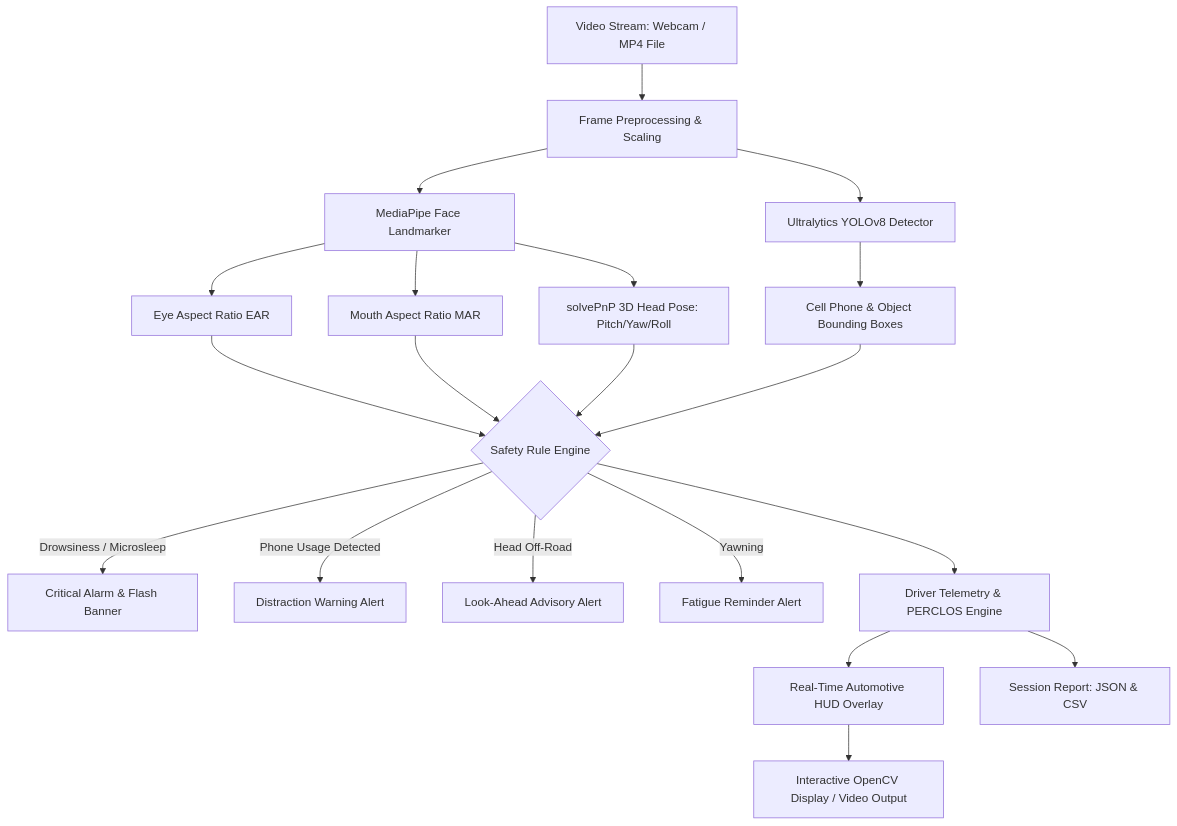
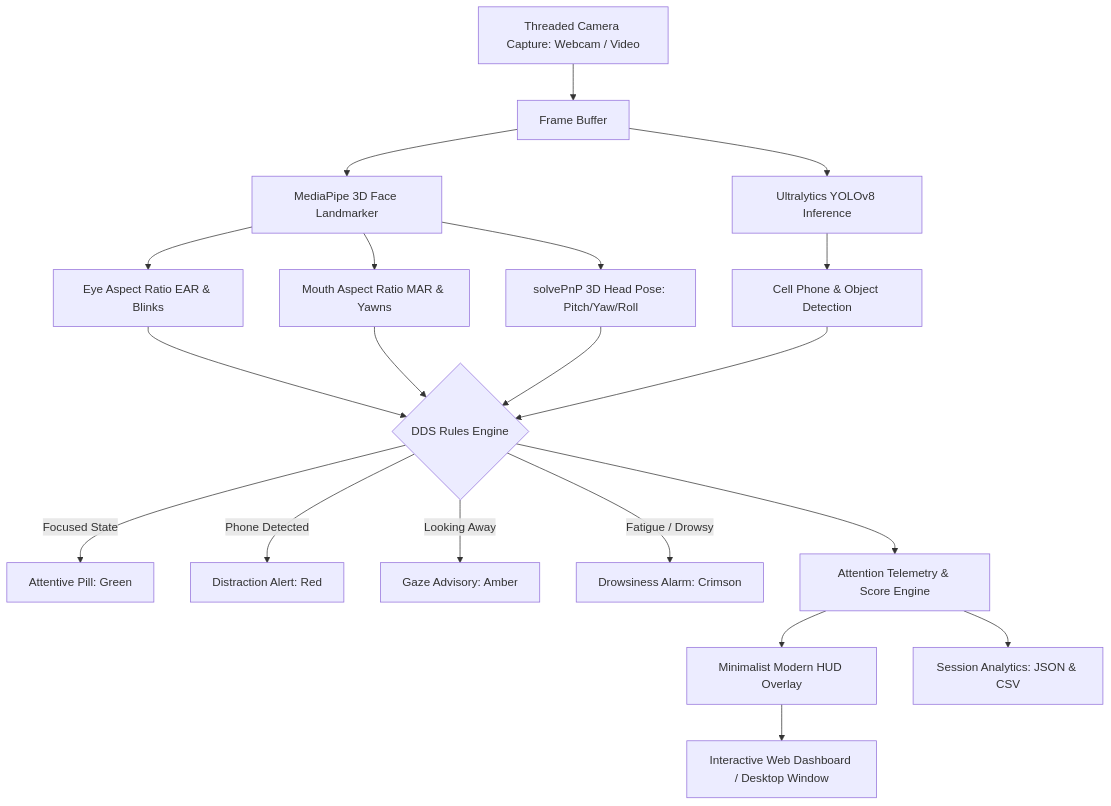
One commit to vasishtaaa/Distraction-Detection-System changed the diagram in README.md. Above: the diagram before and after it, drawn with Mermaid. The commit also changed other lines of this file and 12 other files, not shown here.

Commit message:
refactor: expand to universal Distraction Detection System with threaded camera and modern minimalist interfaces

````diff
--- a/README.md
+++ b/README.md
@@ -53,27 +47,27 @@
 ```mermaid
 flowchart TD
-    A[Video Stream: Webcam / MP4 File] --> B[Frame Preprocessing & Scaling]
-    B --> C[MediaPipe Face Landmarker]
-    B --> D[Ultralytics YOLOv8 Detector]
+    A[Threaded Camera Capture: Webcam / Video] --> B[Frame Buffer]
+    B --> C[MediaPipe 3D Face Landmarker]
+    B --> D[Ultralytics YOLOv8 Inference]
     
-    C --> E[Eye Aspect Ratio EAR]
-    C --> F[Mouth Aspect Ratio MAR]
+    C --> E[Eye Aspect Ratio EAR & Blinks]
+    C --> F[Mouth Aspect Ratio MAR & Yawns]
     C --> G[solvePnP 3D Head Pose: Pitch/Yaw/Roll]
     
-    D --> H[Cell Phone & Object Bounding Boxes]
+    D --> H[Cell Phone & Object Detection]
     
-    E --> I{Safety Rule Engine}
+    E --> I{DDS Rules Engine}
     F --> I
     G --> I
     H --> I
     
-    I -->|Drowsiness / Microsleep| J[Critical Alarm & Flash Banner]
-    I -->|Phone Usage Detected| K[Distraction Warning Alert]
-    I -->|Head Off-Road| L[Look-Ahead Advisory Alert]
-    I -->|Yawning| M[Fatigue Reminder Alert]
+    I -->|Focused State| J[Attentive Pill: Green]
+    I -->|Phone Detected| K[Distraction Alert: Red]
+    I -->|Looking Away| L[Gaze Advisory: Amber]
+    I -->|Fatigue / Drowsy| M[Drowsiness Alarm: Crimson]
     
-    I --> N[Driver Telemetry & PERCLOS Engine]
-    N --> O[Real-Time Automotive HUD Overlay]
-    O --> P[Interactive OpenCV Display / Video Output]
-    N --> Q[Session Report: JSON & CSV]
+    I --> N[Attention Telemetry & Score Engine]
+    N --> O[Minimalist Modern HUD Overlay]
+    O --> P[Interactive Web Dashboard / Desktop Window]
+    N --> Q[Session Analytics: JSON & CSV]
 ```
````
